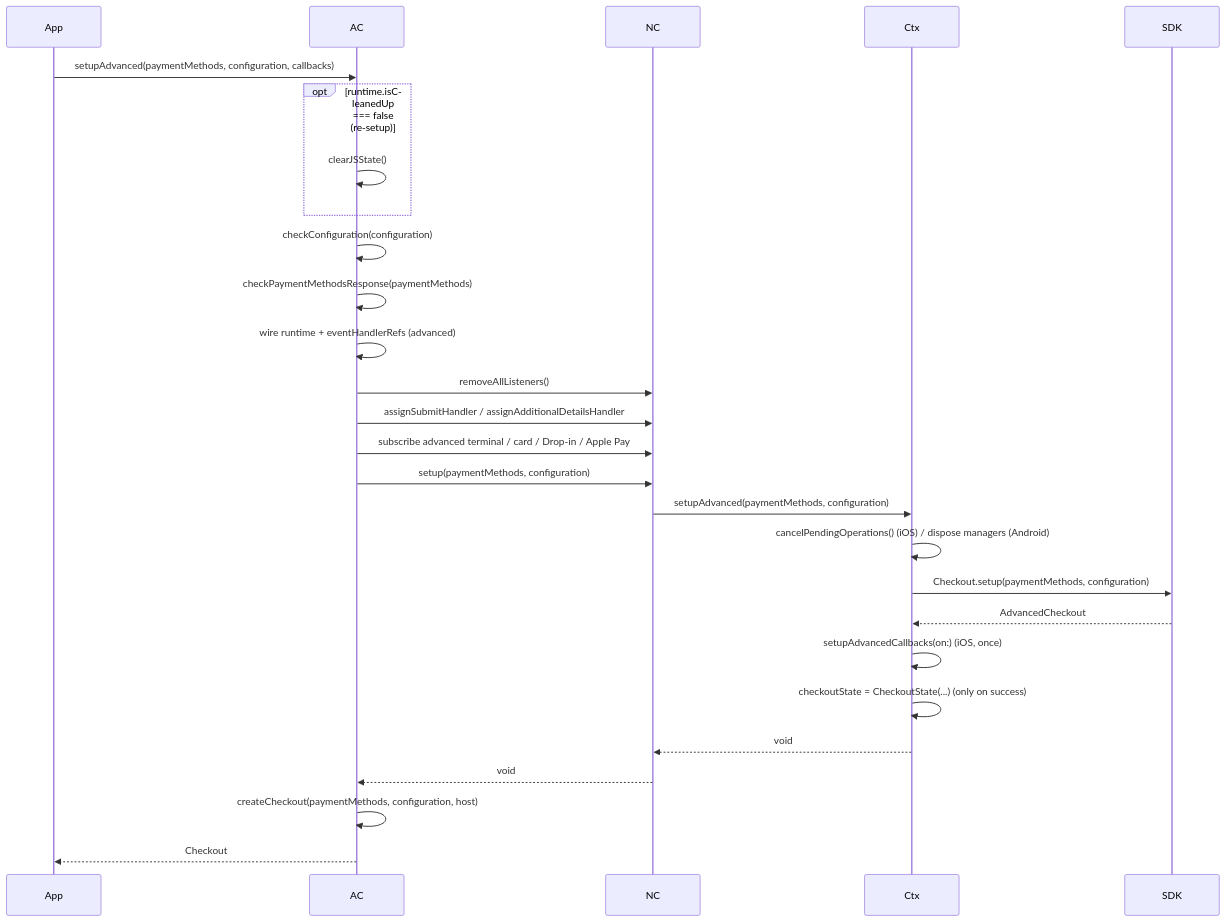
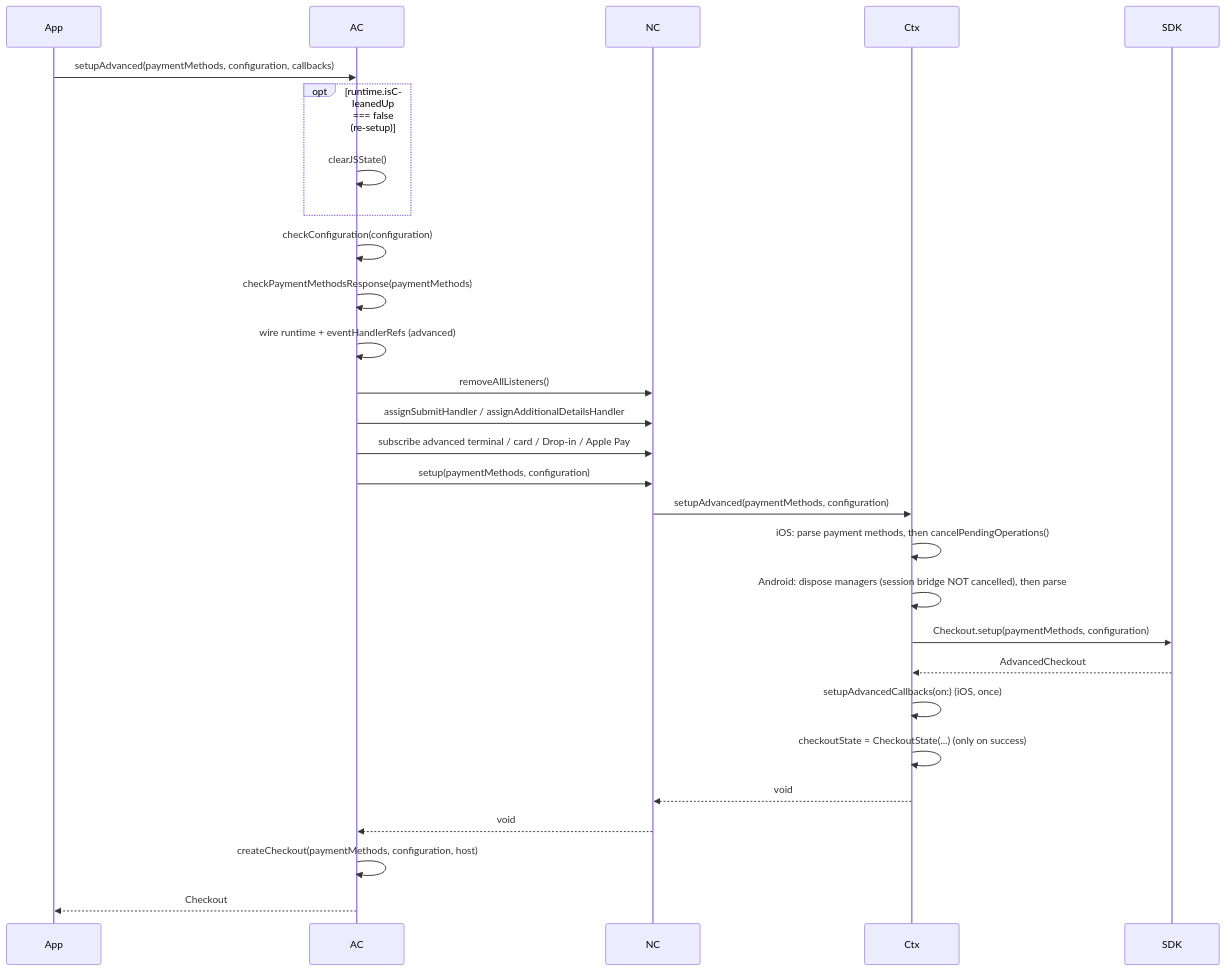
Before and after one commit to Adyen/adyen-react-native: the second of 19 diagrams in docs/public-api-flows.md, drawn with Mermaid. The commit also changed other lines of this file and 3 other files, not shown here.

````diff
--- a/docs/public-api-flows.md
+++ b/docs/public-api-flows.md
@@ -83,30 +88,31 @@
 ```mermaid
 sequenceDiagram
   participant App
   participant AC
   participant NC
   participant Ctx
   participant SDK
 
   App->>AC: setupAdvanced(paymentMethods, configuration, callbacks)
   opt runtime.isCleanedUp === false (re-setup)
     AC->>AC: clearJSState()
   end
   AC->>AC: checkConfiguration(configuration)
   AC->>AC: checkPaymentMethodsResponse(paymentMethods)
   AC->>AC: wire runtime + eventHandlerRefs (advanced)
   AC->>NC: removeAllListeners()
   AC->>NC: assignSubmitHandler / assignAdditionalDetailsHandler
   AC->>NC: subscribe advanced terminal / card / Drop-in / Apple Pay
   AC->>NC: setup(paymentMethods, configuration)
   NC->>Ctx: setupAdvanced(paymentMethods, configuration)
-  Ctx->>Ctx: cancelPendingOperations() (iOS) / dispose managers (Android)
+  Ctx->>Ctx: iOS: parse payment methods, then cancelPendingOperations()
+  Ctx->>Ctx: Android: dispose managers (session bridge NOT cancelled), then parse
   Ctx->>SDK: Checkout.setup(paymentMethods, configuration)
   SDK-->>Ctx: AdvancedCheckout
   Ctx->>Ctx: setupAdvancedCallbacks(on:) (iOS, once)
   Ctx->>Ctx: checkoutState = CheckoutState(...) (only on success)
   Ctx-->>NC: void
   NC-->>AC: void
   AC->>AC: createCheckout(paymentMethods, configuration, host)
   AC-->>App: Checkout
 ```
````
